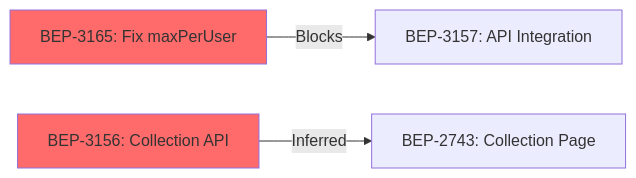
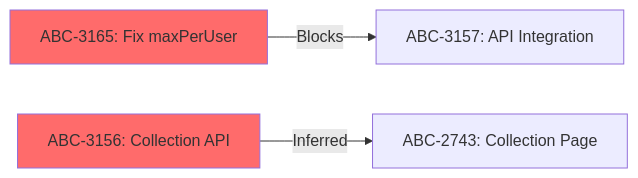
Before and after one commit to wasikarn/atlassian-pm: the diagram in skills/dependency-chain/SKILL.md, drawn with Mermaid. The commit also changed other lines of this file and 34 other files, not shown here.

First line of the commit message:
chore: replace BEP- with ABC- in all .md files

````diff
--- a/skills/dependency-chain/SKILL.md
+++ b/skills/dependency-chain/SKILL.md
@@ -153,7 +153,7 @@
 ```mermaid
 graph LR
-  A[BEP-3165: Fix maxPerUser] -->|Blocks| B[BEP-3157: API Integration]
-  C[BEP-3156: Collection API] -->|Inferred| D[BEP-2743: Collection Page]
+  A[ABC-3165: Fix maxPerUser] -->|Blocks| B[ABC-3157: API Integration]
+  C[ABC-3156: Collection API] -->|Inferred| D[ABC-2743: Collection Page]
   style A fill:#ff6b6b
   style C fill:#ff6b6b
 ```
````
